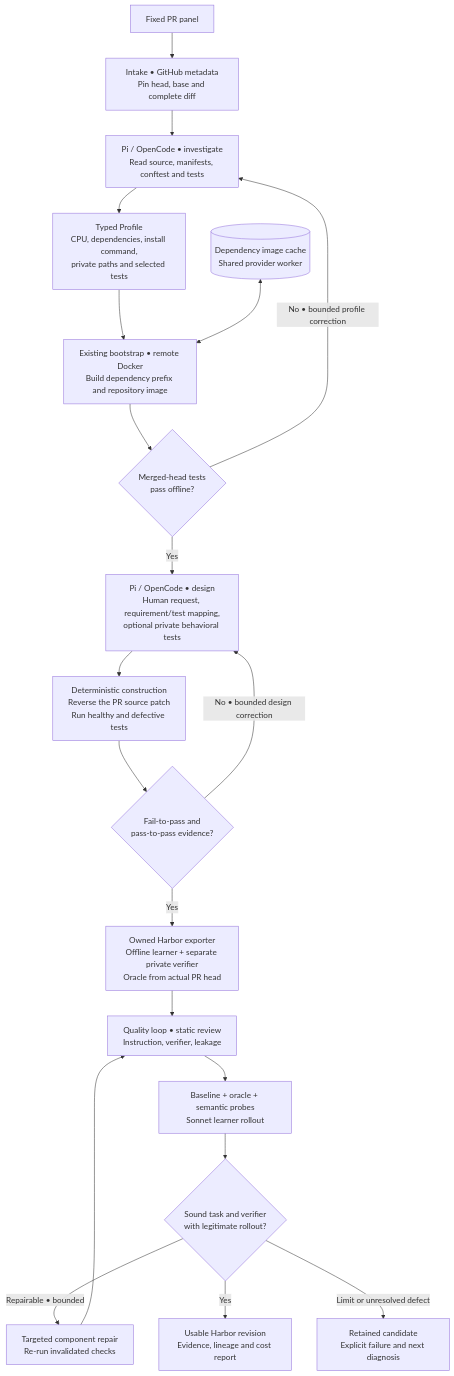
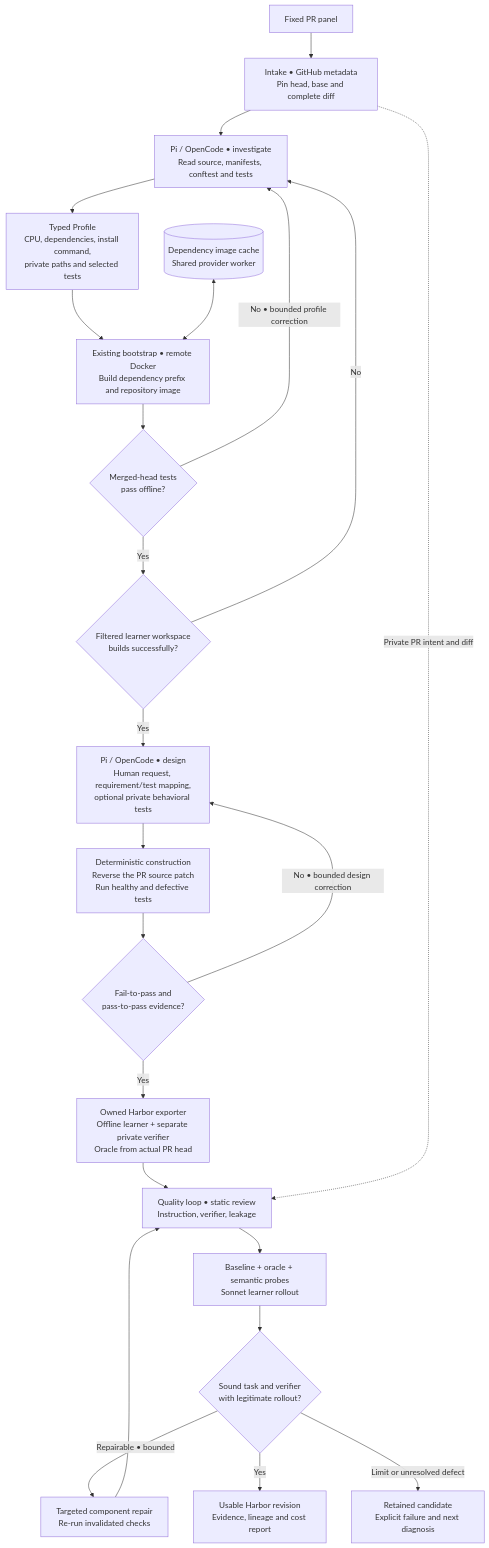
Before and after one commit to huggingface/Repo2RLEnv: the diagram in docs/pipelines/tasksmith.md, drawn with Mermaid. The commit also changed other lines of this file and 18 other files, not shown here.

````diff
--- a/docs/pipelines/tasksmith.md
+++ b/docs/pipelines/tasksmith.md
@@ -7,22 +7,25 @@
 ```mermaid
 flowchart TD
     PR["Fixed PR panel"] --> PIN["Intake • GitHub metadata<br/>Pin head, base and complete diff"]
     PIN --> INVEST["Pi / OpenCode • investigate<br/>Read source, manifests, conftest and tests"]
     INVEST --> PROFILE["Typed Profile<br/>CPU, dependencies, install command,<br/>private paths and selected tests"]
     PROFILE --> BOOT["Existing bootstrap • remote Docker<br/>Build dependency prefix and repository image"]
     CACHE[("Dependency image cache<br/>Shared provider worker")] <--> BOOT
     BOOT --> HEAD{"Merged-head tests<br/>pass offline?"}
     HEAD -->|"No • bounded profile correction"| INVEST
-    HEAD -->|Yes| DESIGN["Pi / OpenCode • design<br/>Human request, requirement/test mapping,<br/>optional private behavioral tests"]
+    HEAD -->|Yes| PUBLIC{"Filtered learner workspace<br/>builds successfully?"}
+    PUBLIC -->|No| INVEST
+    PUBLIC -->|Yes| DESIGN["Pi / OpenCode • design<br/>Human request, requirement/test mapping,<br/>optional private behavioral tests"]
     DESIGN --> CONTRAST["Deterministic construction<br/>Reverse the PR source patch<br/>Run healthy and defective tests"]
     CONTRAST --> CHECK{"Fail-to-pass and<br/>pass-to-pass evidence?"}
     CHECK -->|"No • bounded design correction"| DESIGN
     CHECK -->|Yes| EMIT["Owned Harbor exporter<br/>Offline learner + separate private verifier<br/>Oracle from actual PR head"]
     EMIT --> REVIEW["Quality loop • static review<br/>Instruction, verifier, leakage"]
+    PIN -. "Private PR intent and diff" .-> REVIEW
     REVIEW --> EXEC["Baseline + oracle + semantic probes<br/>Sonnet learner rollout"]
     EXEC --> DECIDE{"Sound task and verifier<br/>with legitimate rollout?"}
     DECIDE -->|"Repairable • bounded"| REPAIR["Targeted component repair<br/>Re-run invalidated checks"]
     REPAIR --> REVIEW
     DECIDE -->|Yes| TASK["Usable Harbor revision<br/>Evidence, lineage and cost report"]
     DECIDE -->|"Limit or unresolved defect"| RETAIN["Retained candidate<br/>Explicit failure and next diagnosis"]
 ```
````
